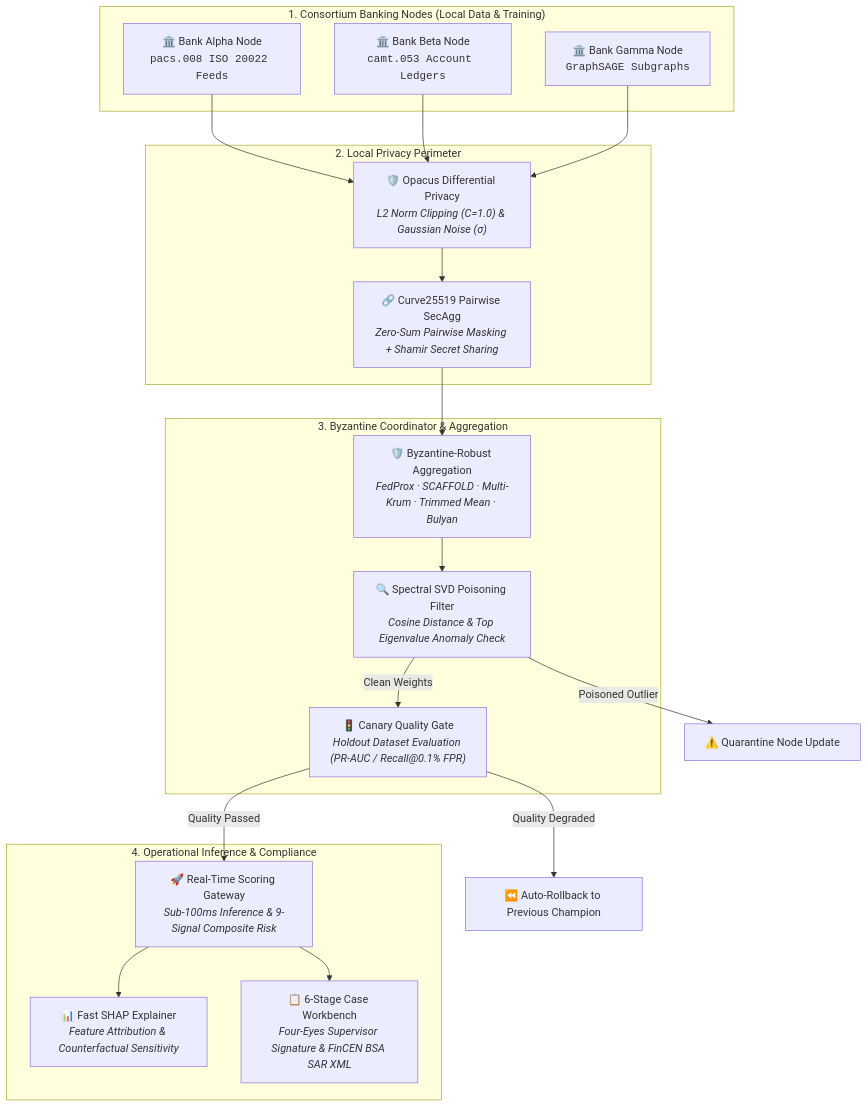
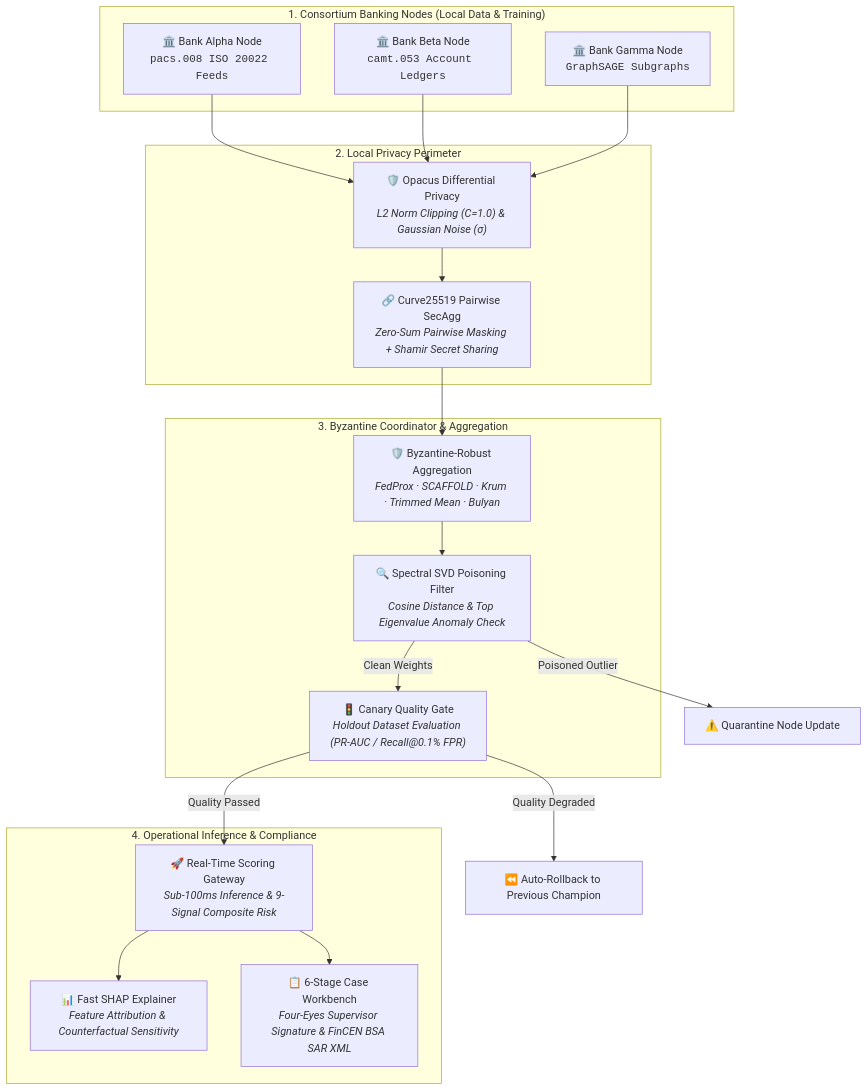
One commit to yusufcalisir/CF-Intelligence changed the first of 4 diagrams in README.md. Above: the diagram before and after it, drawn with Mermaid. The commit also changed other lines of this file and 6 other files, not shown here.

````diff
--- a/README.md
+++ b/README.md
@@ -136,42 +136,42 @@
 ```mermaid
 flowchart TD
     subgraph Banks["1. Consortium Banking Nodes (Local Data & Training)"]
         Alpha["🏛️ Bank Alpha Node<br/><code>pacs.008 ISO 20022 Feeds</code>"]
         Beta["🏛️ Bank Beta Node<br/><code>camt.053 Account Ledgers</code>"]
         Gamma["🏛️ Bank Gamma Node<br/><code>GraphSAGE Subgraphs</code>"]
     end
 
     subgraph PETs["2. Local Privacy Perimeter"]
         DP["🛡️ Opacus Differential Privacy<br/><i>L2 Norm Clipping (C=1.0) & Gaussian Noise (σ)</i>"]
         SecAgg["🔗 Curve25519 Pairwise SecAgg<br/><i>Zero-Sum Pairwise Masking + Shamir Secret Sharing</i>"]
     end
 
     subgraph Coordinator["3. Byzantine Coordinator & Aggregation"]
-        Agg["🛡️ Byzantine-Robust Aggregation<br/><i>FedProx · SCAFFOLD · Multi-Krum · Trimmed Mean · Bulyan</i>"]
+        Agg["🛡️ Byzantine-Robust Aggregation<br/><i>FedProx · SCAFFOLD · Krum · Trimmed Mean · Bulyan</i>"]
         SVD["🔍 Spectral SVD Poisoning Filter<br/><i>Cosine Distance & Top Eigenvalue Anomaly Check</i>"]
         Canary["🚦 Canary Quality Gate<br/><i>Holdout Dataset Evaluation (PR-AUC / Recall@0.1% FPR)</i>"]
     end
 
     subgraph Serving["4. Operational Inference & Compliance"]
         Gateway["🚀 Real-Time Scoring Gateway<br/><i>Sub-100ms Inference & 9-Signal Composite Risk</i>"]
         SHAP["📊 Fast SHAP Explainer<br/><i>Feature Attribution & Counterfactual Sensitivity</i>"]
         CaseWB["📋 6-Stage Case Workbench<br/><i>Four-Eyes Supervisor Signature & FinCEN BSA SAR XML</i>"]
     end
 
     Alpha --> DP
     Beta --> DP
     Gamma --> DP
     DP --> SecAgg
     
     SecAgg --> Agg
     Agg --> SVD
     
     SVD -->|Clean Weights| Canary
     SVD -->|Poisoned Outlier| Quarantine["⚠️ Quarantine Node Update"]
     
     Canary -->|Quality Passed| Gateway
     Canary -->|Quality Degraded| Rollback["⏪ Auto-Rollback to Previous Champion"]
     
     Gateway --> SHAP
     Gateway --> CaseWB
 ```
````
